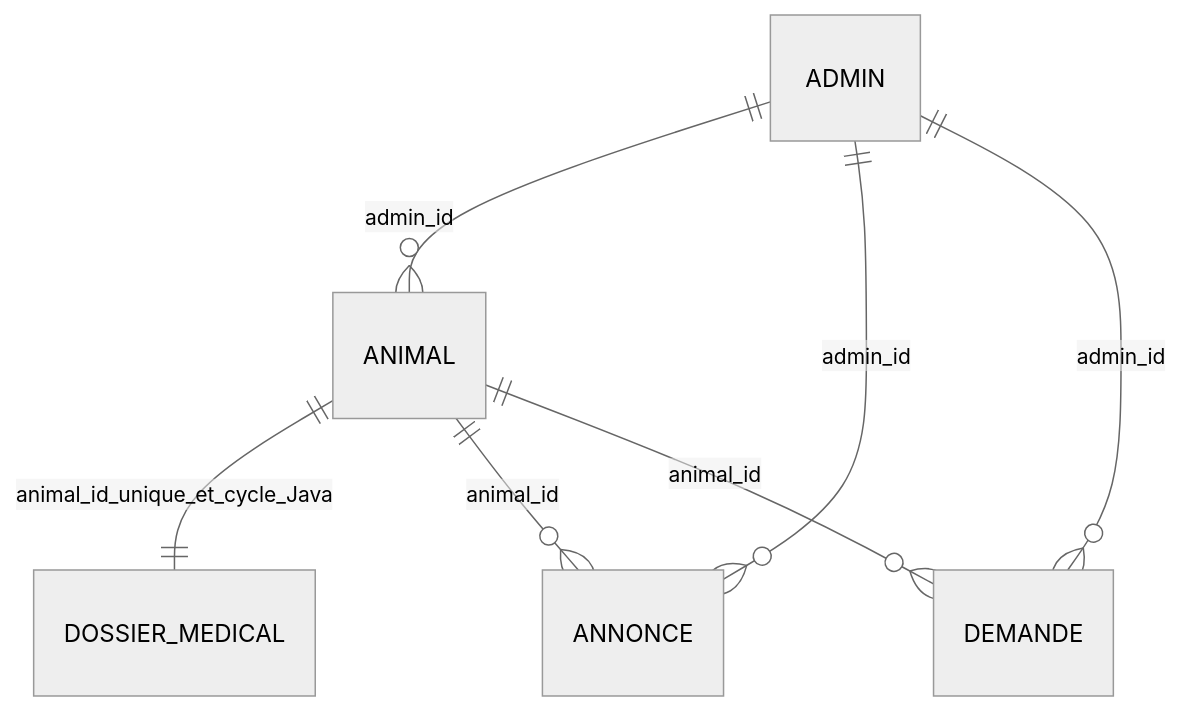
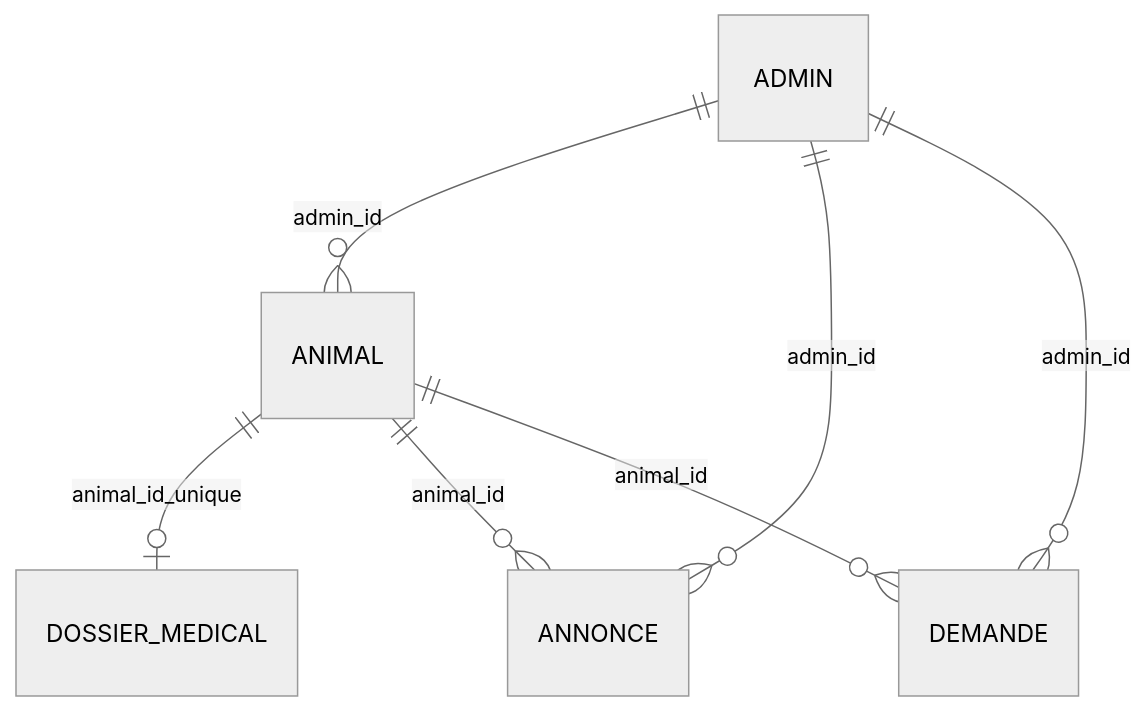
One commit to medbensaad26-cell/Gestion-d-un-refuge-animalier changed the diagram in docs/database.md. Above: the diagram before and after it, drawn with Mermaid (neutral theme). The commit also changed other lines of this file and 23 other files, not shown here.

Commit message:
Finalize UML documentation and university submission

````diff
--- a/docs/database.md
+++ b/docs/database.md
@@ -66,9 +56,9 @@
 ```mermaid
 erDiagram
     ADMIN ||--o{ ANIMAL : admin_id
     ADMIN ||--o{ ANNONCE : admin_id
     ADMIN ||--o{ DEMANDE : admin_id
-    ANIMAL ||--|| DOSSIER_MEDICAL : animal_id_unique_et_cycle_Java
+    ANIMAL ||--o| DOSSIER_MEDICAL : animal_id_unique
     ANIMAL ||--o{ ANNONCE : animal_id
     ANIMAL ||--o{ DEMANDE : animal_id
 ```
````
